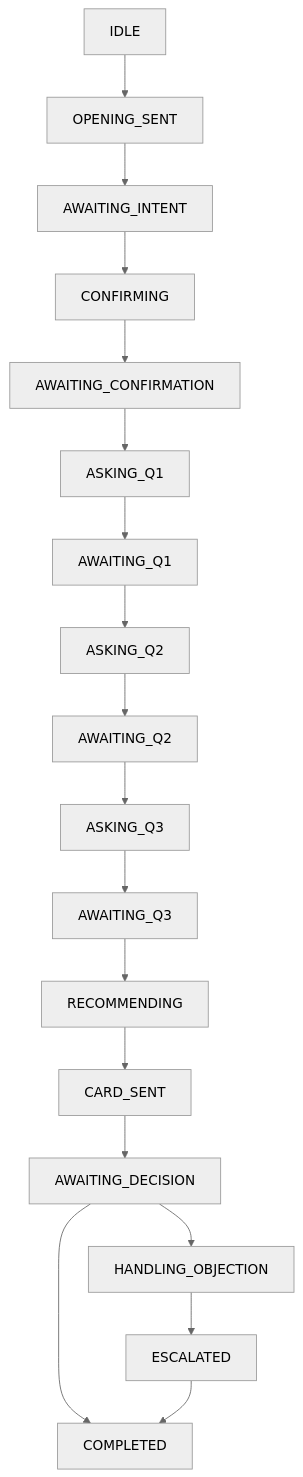
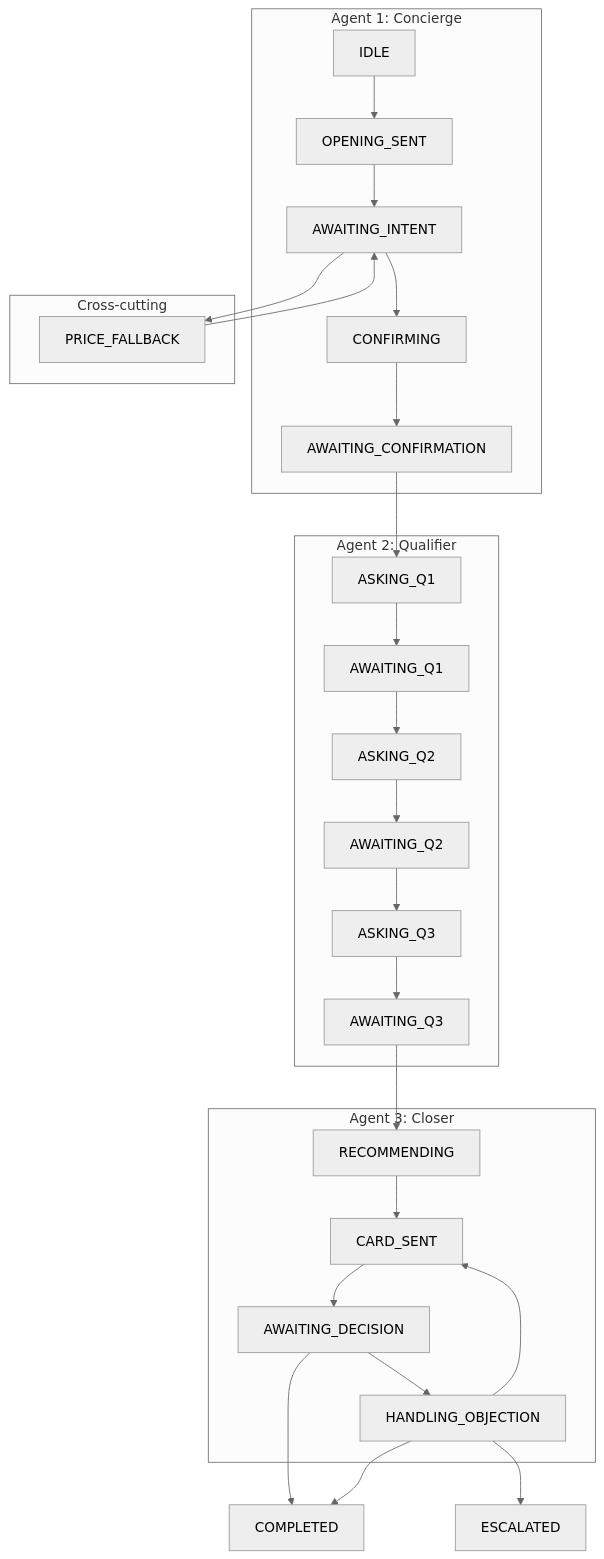
Before and after one commit to vbrazo/stella: the diagram in README.md, drawn with Mermaid (neutral theme). The commit also changed other lines of this file and 13 other files, not shown here.

Commit message:
add closer agent to handle objections and decision making process

````diff
--- a/README.md
+++ b/README.md
@@ -123,20 +159,35 @@
 ```mermaid
 flowchart TD
-  IDLE["IDLE"] --> OPENING_SENT["OPENING_SENT"]
-  OPENING_SENT --> AWAITING_INTENT["AWAITING_INTENT"]
-  AWAITING_INTENT --> CONFIRMING["CONFIRMING"]
-  CONFIRMING --> AWAITING_CONFIRMATION["AWAITING_CONFIRMATION"]
-  AWAITING_CONFIRMATION --> ASKING_Q1["ASKING_Q1"]
-  ASKING_Q1 --> AWAITING_Q1["AWAITING_Q1"]
-  AWAITING_Q1 --> ASKING_Q2["ASKING_Q2"]
-  ASKING_Q2 --> AWAITING_Q2["AWAITING_Q2"]
-  AWAITING_Q2 --> ASKING_Q3["ASKING_Q3"]
-  ASKING_Q3 --> AWAITING_Q3["AWAITING_Q3"]
-  AWAITING_Q3 --> RECOMMENDING["RECOMMENDING"]
-  RECOMMENDING --> CARD_SENT["CARD_SENT"]
-  CARD_SENT --> AWAITING_DECISION["AWAITING_DECISION"]
-  AWAITING_DECISION --> HANDLING_OBJECTION["HANDLING_OBJECTION"]
+  subgraph Agent1["Agent 1: Concierge"]
+    IDLE["IDLE"] --> OPENING_SENT["OPENING_SENT"]
+    OPENING_SENT --> AWAITING_INTENT["AWAITING_INTENT"]
+    AWAITING_INTENT --> CONFIRMING["CONFIRMING"]
+    CONFIRMING --> AWAITING_CONFIRMATION["AWAITING_CONFIRMATION"]
+  end
+
+  subgraph Agent2["Agent 2: Qualifier"]
+    AWAITING_CONFIRMATION --> ASKING_Q1["ASKING_Q1"]
+    ASKING_Q1 --> AWAITING_Q1["AWAITING_Q1"]
+    AWAITING_Q1 --> ASKING_Q2["ASKING_Q2"]
+    ASKING_Q2 --> AWAITING_Q2["AWAITING_Q2"]
+    AWAITING_Q2 --> ASKING_Q3["ASKING_Q3"]
+    ASKING_Q3 --> AWAITING_Q3["AWAITING_Q3"]
+  end
+
+  subgraph Agent3["Agent 3: Closer"]
+    AWAITING_Q3 --> RECOMMENDING["RECOMMENDING"]
+    RECOMMENDING --> CARD_SENT["CARD_SENT"]
+    CARD_SENT --> AWAITING_DECISION["AWAITING_DECISION"]
+    AWAITING_DECISION --> HANDLING_OBJECTION["HANDLING_OBJECTION"]
+    HANDLING_OBJECTION --> CARD_SENT
+  end
+
+  AWAITING_DECISION --> COMPLETED["COMPLETED"]
+  HANDLING_OBJECTION --> COMPLETED
   HANDLING_OBJECTION --> ESCALATED["ESCALATED"]
-  AWAITING_DECISION --> COMPLETED["COMPLETED"]
-  ESCALATED --> COMPLETED
+
+  subgraph CrossCutting["Cross-cutting"]
+    AWAITING_INTENT --> PRICE_FALLBACK["PRICE_FALLBACK"]
+    PRICE_FALLBACK --> AWAITING_INTENT
+  end
 ```
````
